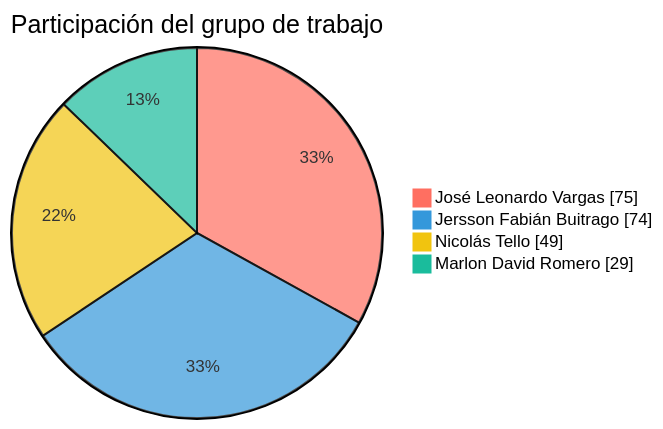
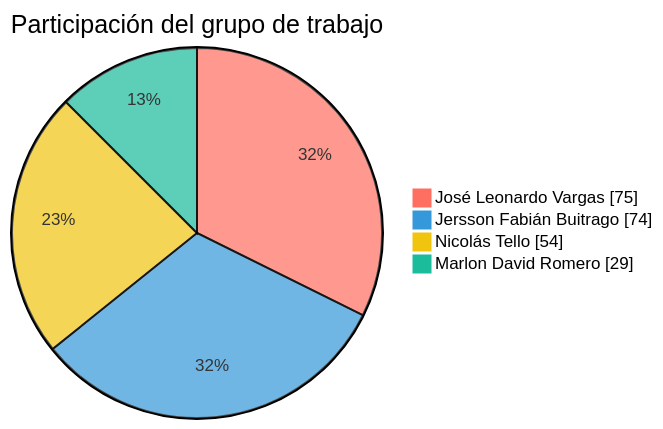
Before and after one commit to FarmaExpres/FarmaExpres: the first of 2 diagrams in README.md, drawn with Mermaid. The commit also changed other lines of this file and 1 other file, not shown here.

````diff
--- a/README.md
+++ b/README.md
@@ -389,9 +389,9 @@
 ```mermaid
 %%{init: {"themeVariables": {"pie1": "#ff6f61", "pie2": "#3498db", "pie3": "#f1c40f", "pie4": "#1abc9c", "pieLabelColor": "#000000", "pieLabelFontSize": "24px", "pieLabelFontWeight": "700"}}}%%
 pie showData
     title Participación del grupo de trabajo
     "José Leonardo Vargas" : 75
     "Jersson Fabián Buitrago" : 74
-    "Nicolás Tello" : 49
+    "Nicolás Tello" : 54
     "Marlon David Romero" : 29
 ```
````
